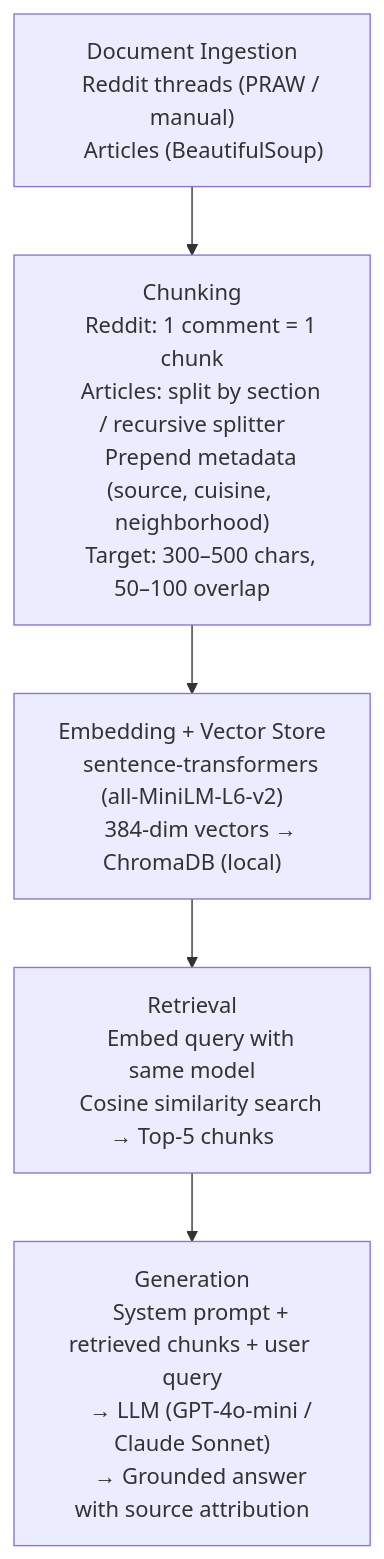
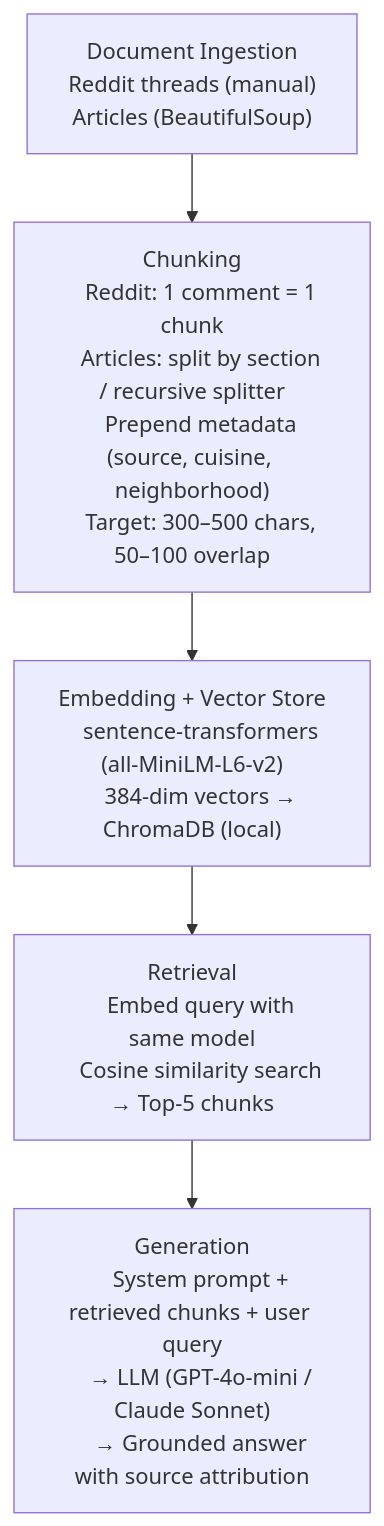
One commit to t1ffnyw/ai201-project1-unofficial-guide-starter changed the diagram in planning.md. Above: the diagram before and after it, drawn with Mermaid. The commit also changed 42 other files, not shown here.

````diff
--- a/planning.md
+++ b/planning.md
@@ -128,21 +128,21 @@
 ```mermaid
 flowchart TD
     A["Document Ingestion
-    Reddit threads (PRAW / manual)
+    Reddit threads (manual)
     Articles (BeautifulSoup)"] 
     --> B["Chunking
     Reddit: 1 comment = 1 chunk
     Articles: split by section / recursive splitter
     Prepend metadata (source, cuisine, neighborhood)
     Target: 300–500 chars, 50–100 overlap"]
     --> C["Embedding + Vector Store
     sentence-transformers (all-MiniLM-L6-v2)
     384-dim vectors → ChromaDB (local)"]
     --> D["Retrieval
     Embed query with same model
     Cosine similarity search → Top-5 chunks"]
     --> E["Generation
     System prompt + retrieved chunks + user query
     → LLM (GPT-4o-mini / Claude Sonnet)
     → Grounded answer with source attribution"]
 ```
````
